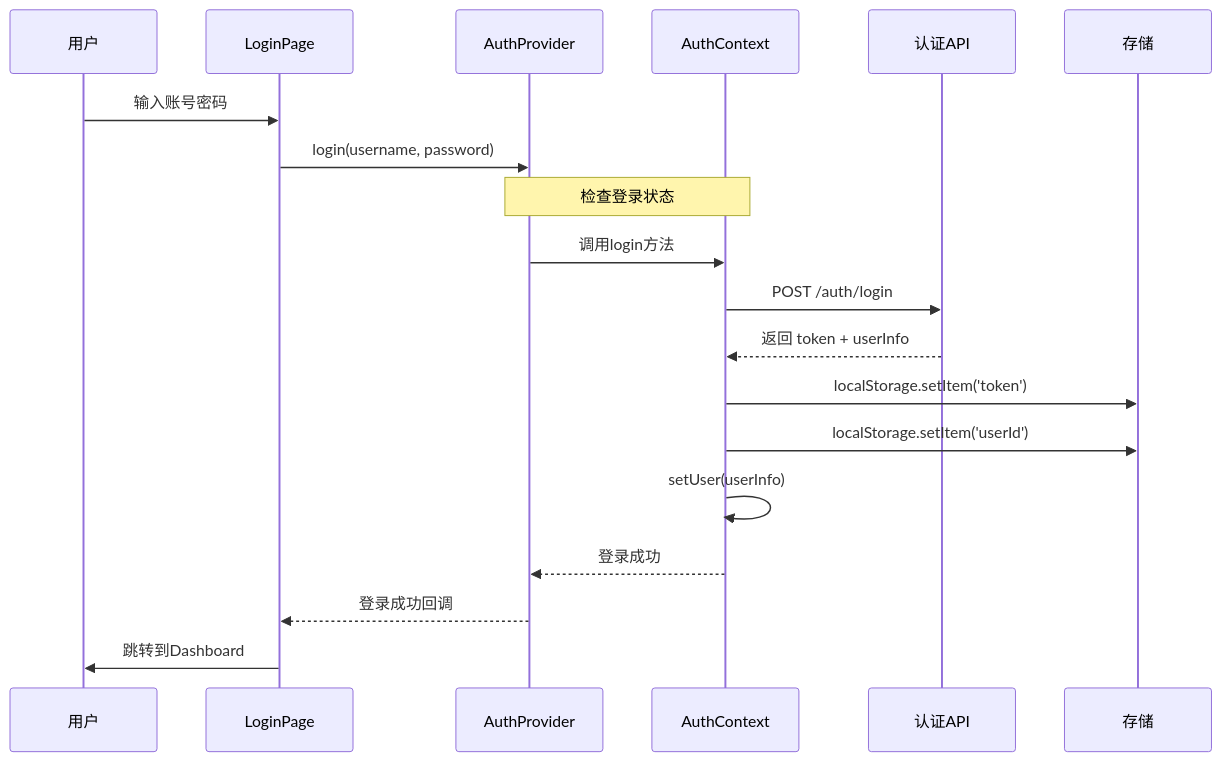
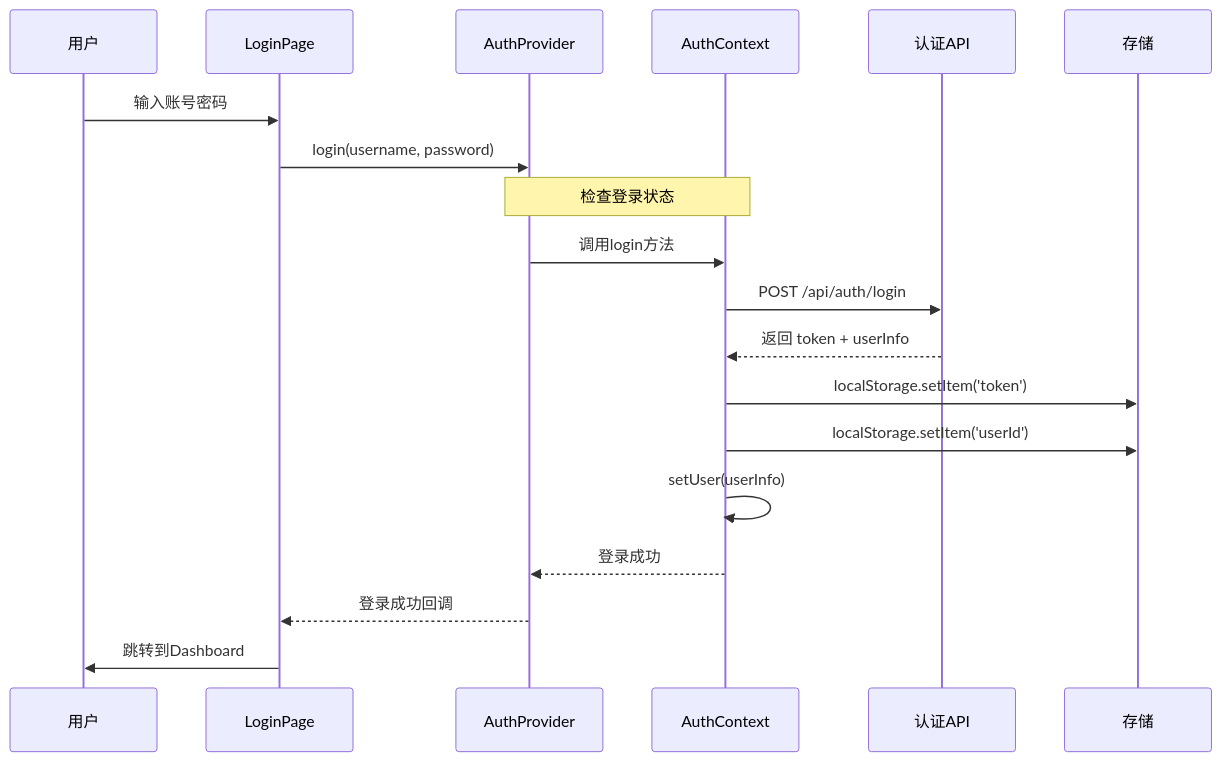
The first of 5 diagrams in docs/COMPONENT_INTERACTIONS.md (zhangx1234994/POD_AI), drawn with Mermaid before and after one commit. The commit also changed other lines of this file and 37 other files, not shown here.

````diff
--- a/docs/COMPONENT_INTERACTIONS.md
+++ b/docs/COMPONENT_INTERACTIONS.md
@@ -90,25 +93,25 @@
 ```mermaid
 sequenceDiagram
     participant U as 用户
     participant L as LoginPage
     participant A as AuthProvider
     participant C as AuthContext
     participant API as 认证API
     participant S as 存储
 
     U->>L: 输入账号密码
     L->>A: login(username, password)
 
     Note over A,C: 检查登录状态
     A->>C: 调用login方法
-    C->>API: POST /auth/login
+    C->>API: POST /api/auth/login
 
     API-->>C: 返回 token + userInfo
     C->>S: localStorage.setItem('token')
     C->>S: localStorage.setItem('userId')
     C->>C: setUser(userInfo)
 
     C-->>A: 登录成功
     A-->>L: 登录成功回调
     L->>U: 跳转到Dashboard
 ```
````
